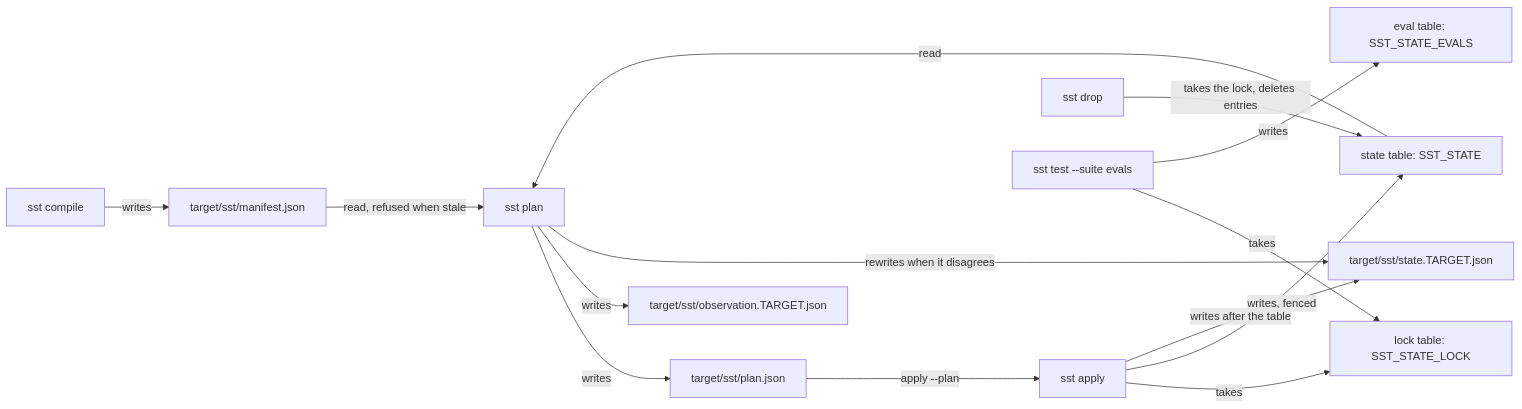
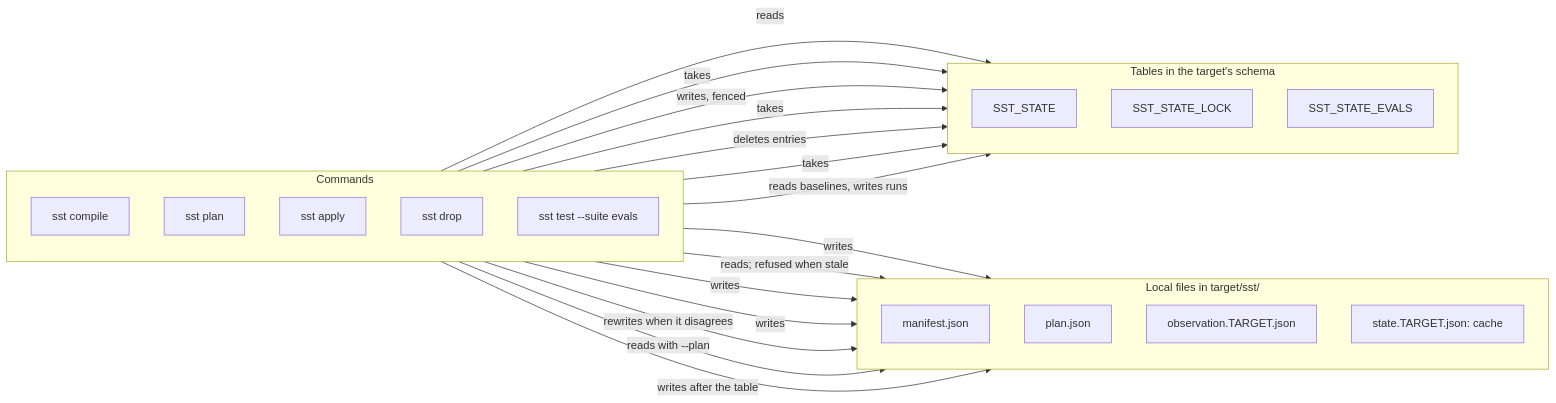
The eighth of 8 diagrams in docs/design/architecture.md (WhoopInc/snowflake-semantic-tools), drawn with Mermaid before and after one commit. The commit also changed other lines of this file and 1 other file, not shown here.

Commit message:
docs: redraw the semantic-view load and state diagrams so they read at a glance

````diff
--- a/docs/design/architecture.md
+++ b/docs/design/architecture.md
@@ -458,16 +469,38 @@
 ```mermaid
 flowchart LR
-    compile["sst compile"] -->|writes| M["target/sst/manifest.json"]
-    M -->|"read, refused when stale"| plan["sst plan"]
-    plan -->|writes| P["target/sst/plan.json"]
-    plan -->|writes| O["target/sst/observation.TARGET.json"]
-    T["state table: SST_STATE"] -->|read| plan
-    plan -->|"rewrites when it disagrees"| S["target/sst/state.TARGET.json"]
-    P -->|"apply --plan"| apply["sst apply"]
-    apply -->|takes| L["lock table: SST_STATE_LOCK"]
+    subgraph commands ["Commands"]
+        direction TB
+        compile["sst compile"]
+        plan["sst plan"]
+        apply["sst apply"]
+        drop["sst drop"]
+        evals["sst test --suite evals"]
+    end
+    subgraph files ["Local files in target/sst/"]
+        direction TB
+        M["manifest.json"]
+        P["plan.json"]
+        O["observation.TARGET.json"]
+        S["state.TARGET.json: cache"]
+    end
+    subgraph tables ["Tables in the target's schema"]
+        direction TB
+        T["SST_STATE"]
+        L["SST_STATE_LOCK"]
+        E["SST_STATE_EVALS"]
+    end
+    compile -->|writes| M
+    plan -->|"reads; refused when stale"| M
+    plan -->|writes| P
+    plan -->|writes| O
+    plan -->|reads| T
+    plan -->|"rewrites when it disagrees"| S
+    apply -->|"reads with --plan"| P
+    apply -->|takes| L
     apply -->|"writes, fenced"| T
     apply -->|"writes after the table"| S
-    drop["sst drop"] -->|"takes the lock, deletes entries"| T
-    evals["sst test --suite evals"] -->|takes| L
-    evals -->|writes| E["eval table: SST_STATE_EVALS"]
+    drop -->|takes| L
+    drop -->|"deletes entries"| T
+    evals -->|takes| L
+    evals -->|"reads baselines, writes runs"| E
 ```
````
